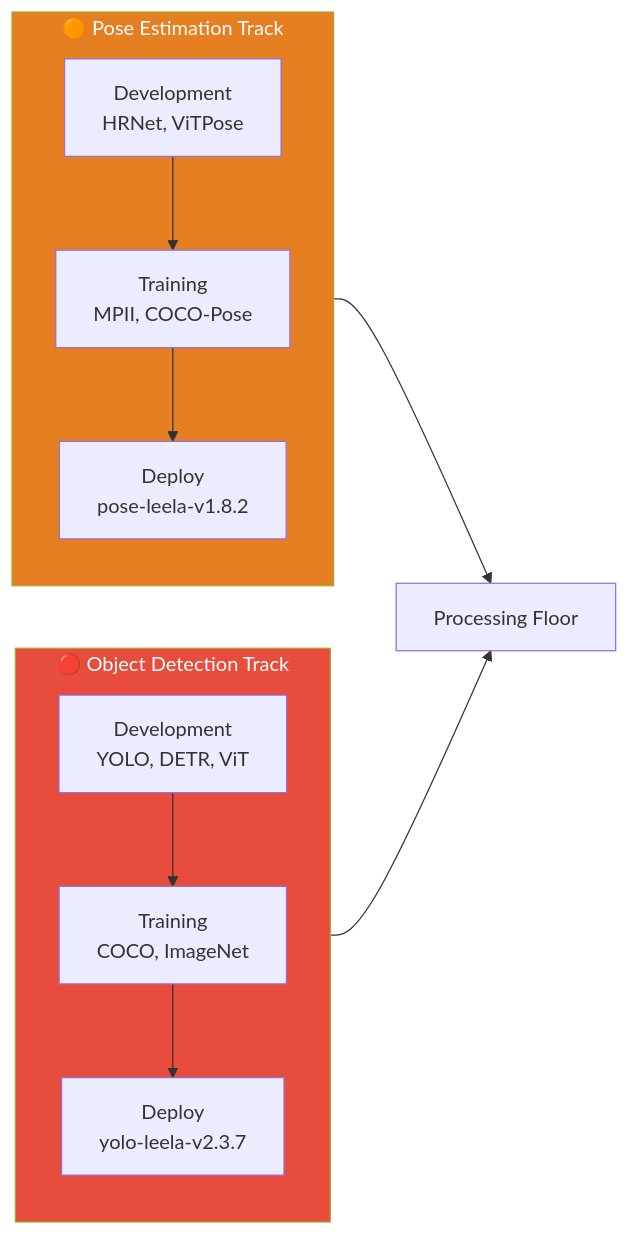
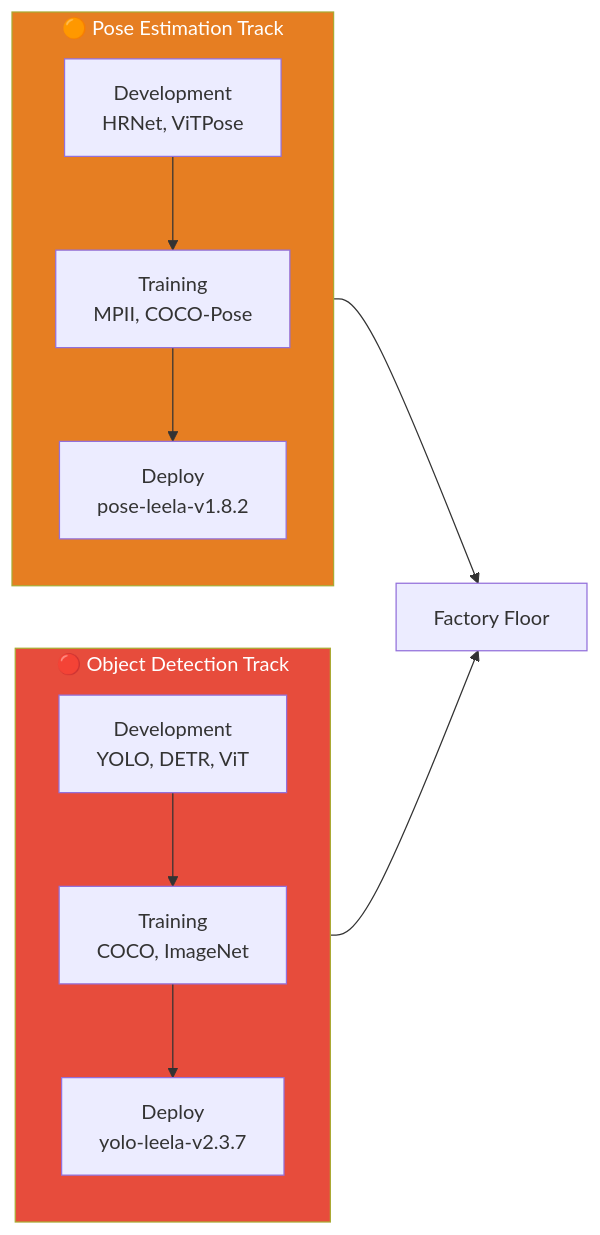
Before and after one commit to SimHacker/moollm: the second of 4 diagrams in examples/adventure-4/street/lane-neverending/leela-manufacturing/floor-1/README.md, drawn with Mermaid. The commit also changed other lines of this file and 15 other files, not shown here.

First line of the commit message:
Fix Floor 2 name: Processing Floor → Factory Floor

````diff
--- a/examples/adventure-4/street/lane-neverending/leela-manufacturing/floor-1/README.md
+++ b/examples/adventure-4/street/lane-neverending/leela-manufacturing/floor-1/README.md
@@ -60,24 +60,24 @@
 ```mermaid
 flowchart LR
     subgraph ObjectTrack["🔴 Object Detection Track"]
         direction TB
         OD["Development\nYOLO, DETR, ViT"]
         OT["Training\nCOCO, ImageNet"]
         ODep["Deploy\nyolo-leela-v2.3.7"]
         OD --> OT --> ODep
     end
     
     subgraph PoseTrack["🟠 Pose Estimation Track"]
         direction TB
         PD["Development\nHRNet, ViTPose"]
         PT["Training\nMPII, COCO-Pose"]
         PDep["Deploy\npose-leela-v1.8.2"]
         PD --> PT --> PDep
     end
     
-    ODep --> Processor["Processing Floor"]
+    ODep --> Processor["Factory Floor"]
     PDep --> Processor
 
     style ObjectTrack fill:#e74c3c,color:#fff
     style PoseTrack fill:#e67e22,color:#fff
 ```
````
